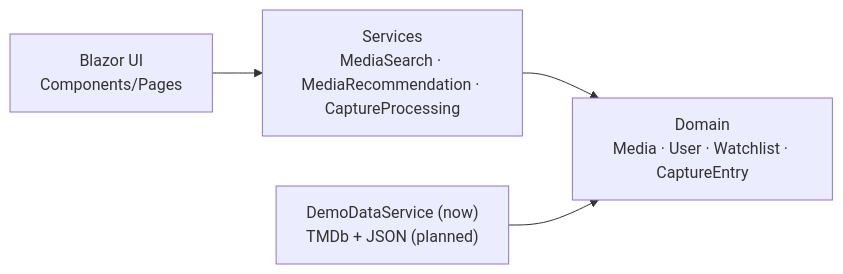
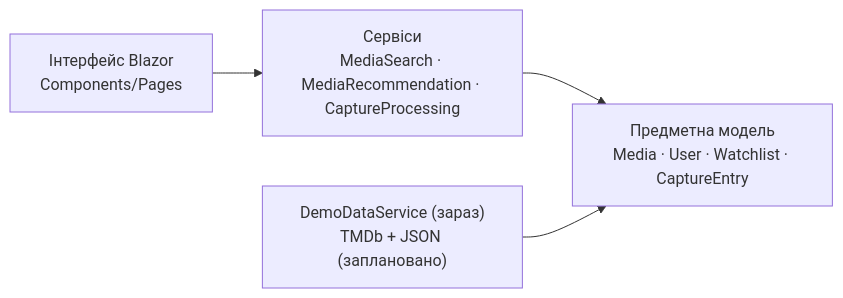
Before and after one commit to borjomiversus/Myosotis: the diagram in README.md, drawn with Mermaid. The commit also changed other lines of this file, not shown here.

````diff
--- a/README.md
+++ b/README.md
@@ -58,6 +61,6 @@
 ```mermaid
 flowchart LR
-    UI["Blazor UI\nComponents/Pages"] --> S["Services\nMediaSearch · MediaRecommendation · CaptureProcessing"]
-    S --> D["Domain\nMedia · User · Watchlist · CaptureEntry"]
-    DS["DemoDataService (now)\nTMDb + JSON (planned)"] --> D
+    UI["Інтерфейс Blazor\nComponents/Pages"] --> S["Сервіси\nMediaSearch · MediaRecommendation · CaptureProcessing"]
+    S --> D["Предметна модель\nMedia · User · Watchlist · CaptureEntry"]
+    DS["DemoDataService (зараз)\nTMDb + JSON (заплановано)"] --> D
 ```
````
